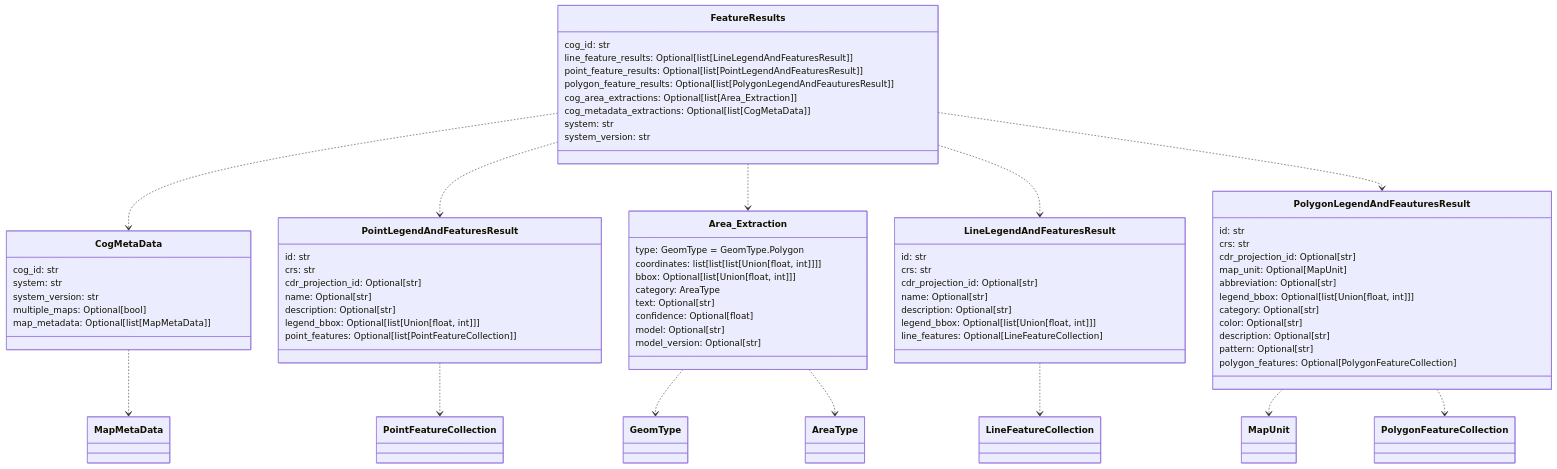
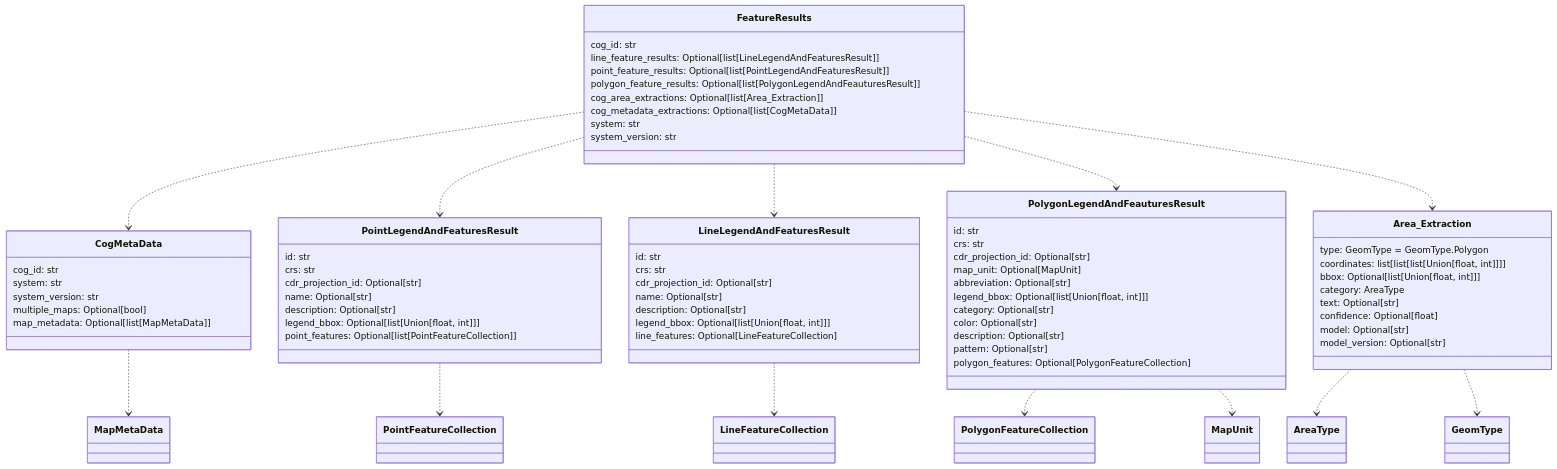
The fourth of 12 diagrams in README.md (DARPA-CRITICALMAAS/cdr_schemas), drawn with Mermaid before and after one commit. The commit also changed other lines of this file and 7 other files, not shown here.

````diff
--- a/README.md
+++ b/README.md
@@ -188,82 +235,82 @@
 ```mermaid
 classDiagram
 
     class CogMetaData {
         cog_id: str
         system: str
         system_version: str
         multiple_maps: Optional[bool]
         map_metadata: Optional[list[MapMetaData]]
-    }
-
-    class FeatureResults {
-        cog_id: str
-        line_feature_results: Optional[list[LineLegendAndFeaturesResult]]
-        point_feature_results: Optional[list[PointLegendAndFeaturesResult]]
-        polygon_feature_results: Optional[list[PolygonLegendAndFeauturesResult]]
-        cog_area_extractions: Optional[list[Area_Extraction]]
-        cog_metadata_extractions: Optional[list[CogMetaData]]
-        system: str
-        system_version: str
     }
 
     class PointLegendAndFeaturesResult {
         id: str
         crs: str
         cdr_projection_id: Optional[str]
         name: Optional[str]
         description: Optional[str]
         legend_bbox: Optional[list[Union[float, int]]]
         point_features: Optional[list[PointFeatureCollection]]
     }
 
-    class Area_Extraction {
-        type: GeomType = GeomType.Polygon
-        coordinates: list[list[list[Union[float, int]]]]
-        bbox: Optional[list[Union[float, int]]]
-        category: AreaType
-        text: Optional[str]
-        confidence: Optional[float]
-        model: Optional[str]
-        model_version: Optional[str]
+    class FeatureResults {
+        cog_id: str
+        line_feature_results: Optional[list[LineLegendAndFeaturesResult]]
+        point_feature_results: Optional[list[PointLegendAndFeaturesResult]]
+        polygon_feature_results: Optional[list[PolygonLegendAndFeauturesResult]]
+        cog_area_extractions: Optional[list[Area_Extraction]]
+        cog_metadata_extractions: Optional[list[CogMetaData]]
+        system: str
+        system_version: str
     }
 
     class LineLegendAndFeaturesResult {
         id: str
         crs: str
         cdr_projection_id: Optional[str]
         name: Optional[str]
         description: Optional[str]
         legend_bbox: Optional[list[Union[float, int]]]
         line_features: Optional[LineFeatureCollection]
     }
 
     class PolygonLegendAndFeauturesResult {
         id: str
         crs: str
         cdr_projection_id: Optional[str]
         map_unit: Optional[MapUnit]
         abbreviation: Optional[str]
         legend_bbox: Optional[list[Union[float, int]]]
         category: Optional[str]
         color: Optional[str]
         description: Optional[str]
         pattern: Optional[str]
         polygon_features: Optional[PolygonFeatureCollection]
     }
 
+    class Area_Extraction {
+        type: GeomType = GeomType.Polygon
+        coordinates: list[list[list[Union[float, int]]]]
+        bbox: Optional[list[Union[float, int]]]
+        category: AreaType
+        text: Optional[str]
+        confidence: Optional[float]
+        model: Optional[str]
+        model_version: Optional[str]
+    }
+
+    Area_Extraction ..> AreaType
     Area_Extraction ..> GeomType
-    Area_Extraction ..> AreaType
     LineLegendAndFeaturesResult ..> LineFeatureCollection
     PointLegendAndFeaturesResult ..> PointFeatureCollection
+    PolygonLegendAndFeauturesResult ..> PolygonFeatureCollection
     PolygonLegendAndFeauturesResult ..> MapUnit
-    PolygonLegendAndFeauturesResult ..> PolygonFeatureCollection
     CogMetaData ..> MapMetaData
     FeatureResults ..> CogMetaData
     FeatureResults ..> PointLegendAndFeaturesResult
-    FeatureResults ..> Area_Extraction
     FeatureResults ..> LineLegendAndFeaturesResult
     FeatureResults ..> PolygonLegendAndFeauturesResult
+    FeatureResults ..> Area_Extraction
 
 
 ```
````
